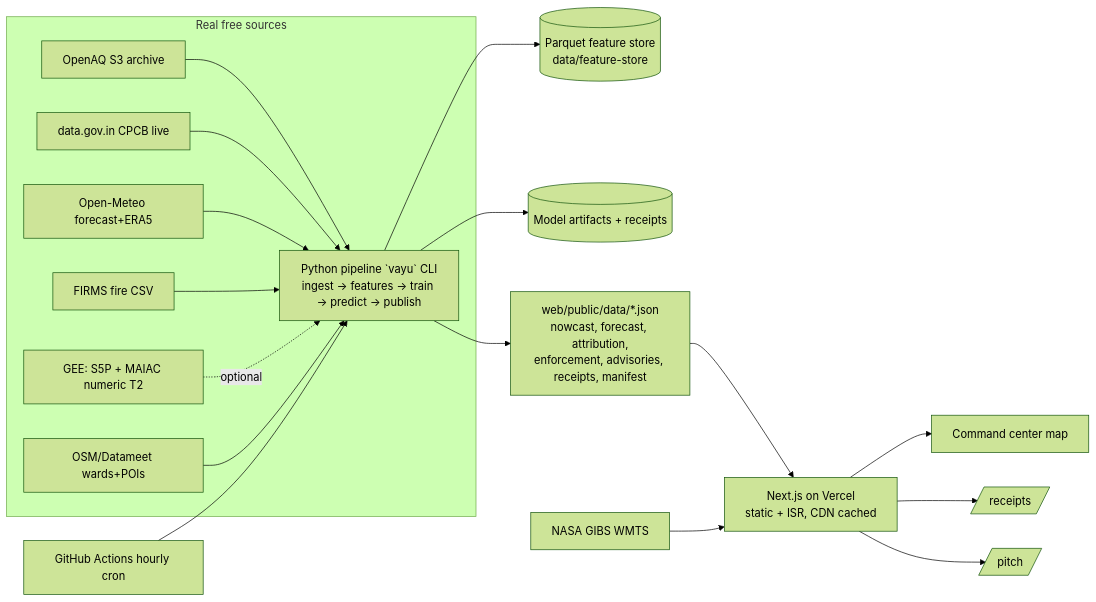
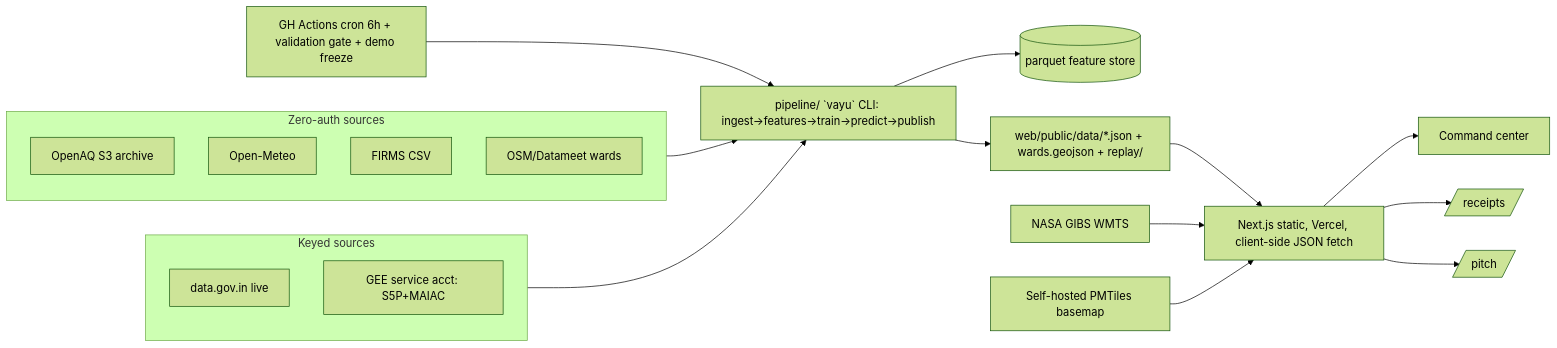
One commit to divyamohan1993/vayudrishti changed the diagram in docs/dmj/specs/2026-07-22-vayudrishti-design.md. Above: the diagram before and after it, drawn with Mermaid (forest theme). The commit also changed other lines of this file, not shown here.

````diff
--- a/docs/dmj/specs/2026-07-22-vayudrishti-design.md
+++ b/docs/dmj/specs/2026-07-22-vayudrishti-design.md
@@ -73,20 +72,17 @@
 ```mermaid
 flowchart LR
-  subgraph Sources[Real free sources]
-    A[OpenAQ S3 archive] --> P
-    B[data.gov.in CPCB live] --> P
-    C[Open-Meteo forecast+ERA5] --> P
-    D[FIRMS fire CSV] --> P
-    E[GEE: S5P + MAIAC numeric T2] -.optional.-> P
-    O[OSM/Datameet wards+POIs] --> P
+  subgraph T0[Zero-auth sources]
+    A[OpenAQ S3 archive]; C[Open-Meteo]; D[FIRMS CSV]; O[OSM/Datameet wards]
   end
-  P[Python pipeline `vayu` CLI\ningest → features → train → predict → publish] --> FS[(Parquet feature store\ndata/feature-store)]
-  P --> ART[(Model artifacts + receipts)]
-  P --> PUB[web/public/data/*.json\nnowcast, forecast, attribution,\nenforcement, advisories, receipts, manifest]
-  GH[GitHub Actions hourly cron] --> P
-  PUB --> V[Next.js on Vercel\nstatic + ISR, CDN cached]
+  subgraph T1[Keyed sources]
+    B[data.gov.in live]; E[GEE service acct: S5P+MAIAC]
+  end
+  T0 --> P; T1 --> P
+  P[pipeline/ `vayu` CLI: ingest→features→train→predict→publish] --> FS[(parquet feature store)]
+  P --> PUB[web/public/data/*.json + wards.geojson + replay/]
+  GH[GH Actions cron 6h + validation gate + demo freeze] --> P
+  PUB --> V[Next.js static, Vercel, client-side JSON fetch]
   G[NASA GIBS WMTS] --> V
-  V --> U1[Command center map]
-  V --> U2[/receipts/]
-  V --> U3[/pitch/]
+  BM[Self-hosted PMTiles basemap] --> V
+  V --> U1[Command center]; V --> U2[/receipts/]; V --> U3[/pitch/]
 ```
````
